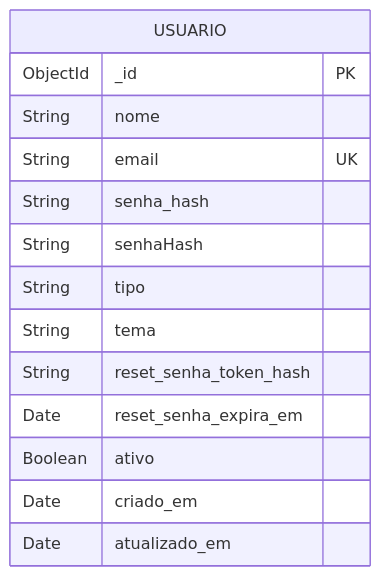
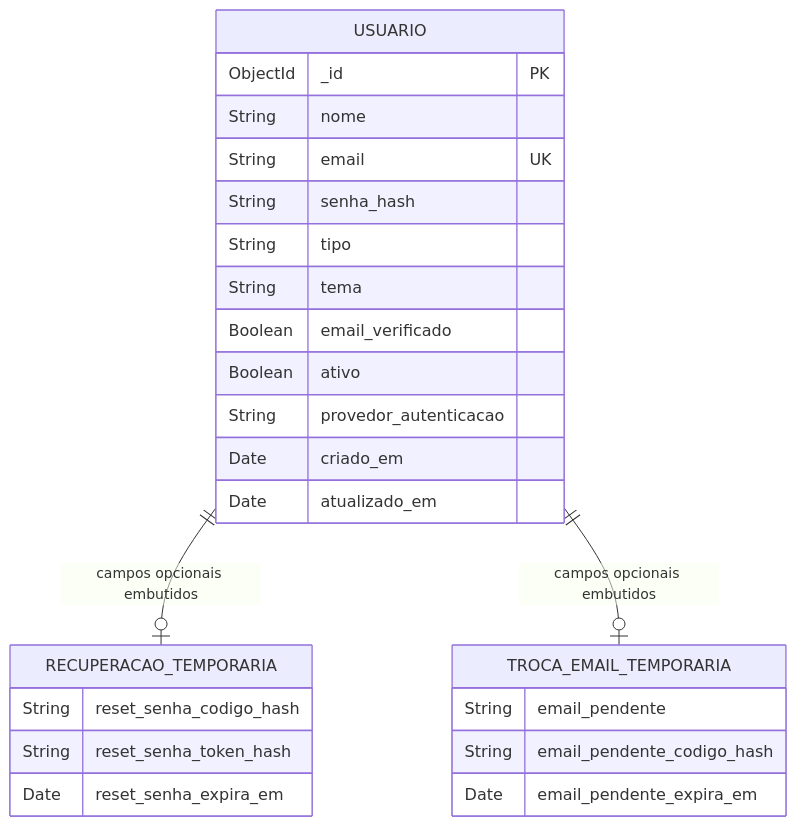
One commit to Conecta-IFSP/DOCUMENTATION changed the diagram in 2 - Incremento1/configuracoes-usuario/4 - diagrama-relacional-configuracoes-usuario.md. Above: the diagram before and after it, drawn with Mermaid. The commit also changed other lines of this file and 43 other files, not shown here.

````diff
--- a/2 - Incremento1/configuracoes-usuario/4 - diagrama-relacional-configuracoes-usuario.md
+++ b/2 - Incremento1/configuracoes-usuario/4 - diagrama-relacional-configuracoes-usuario.md
@@ -5,17 +5,28 @@
 ```mermaid
 erDiagram
     USUARIO {
         ObjectId _id PK
         String nome
         String email UK
         String senha_hash
-        String senhaHash
         String tipo
         String tema
-        String reset_senha_token_hash
-        Date reset_senha_expira_em
+        Boolean email_verificado
         Boolean ativo
+        String provedor_autenticacao
         Date criado_em
         Date atualizado_em
     }
+    RECUPERACAO_TEMPORARIA {
+        String reset_senha_codigo_hash
+        String reset_senha_token_hash
+        Date reset_senha_expira_em
+    }
+    TROCA_EMAIL_TEMPORARIA {
+        String email_pendente
+        String email_pendente_codigo_hash
+        Date email_pendente_expira_em
+    }
+    USUARIO ||--o| RECUPERACAO_TEMPORARIA : "campos opcionais embutidos"
+    USUARIO ||--o| TROCA_EMAIL_TEMPORARIA : "campos opcionais embutidos"
 ```
````
